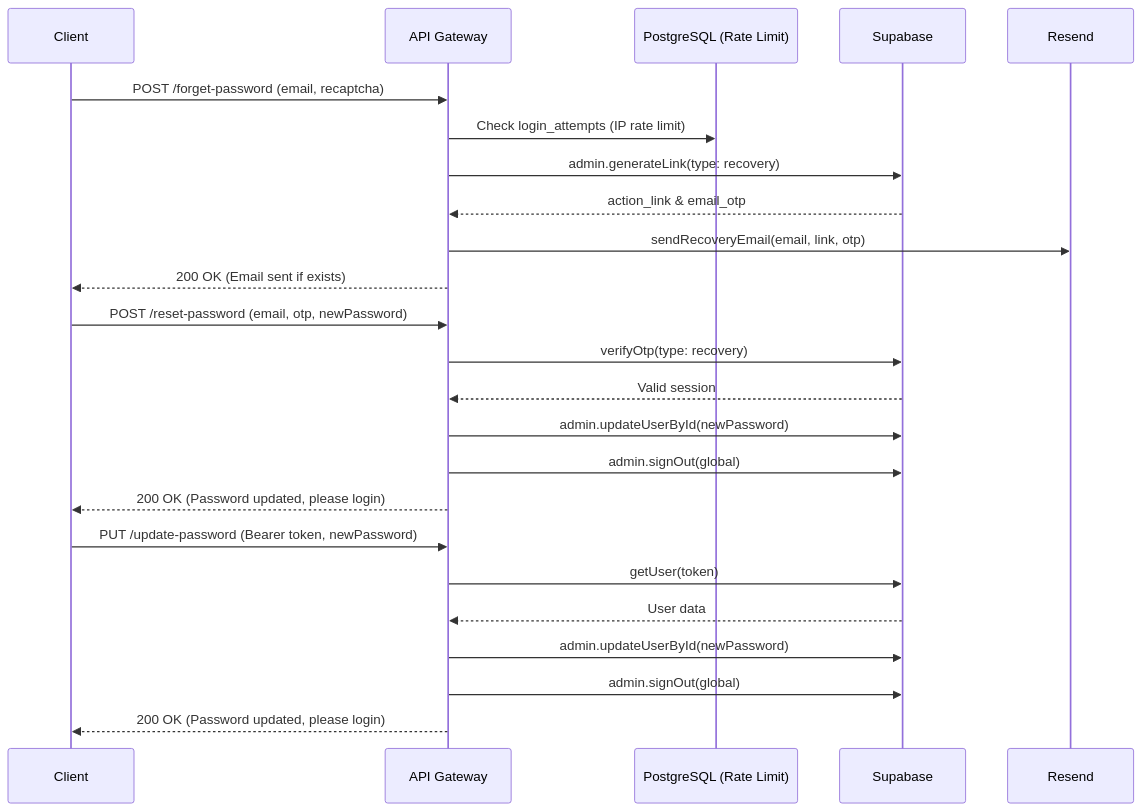
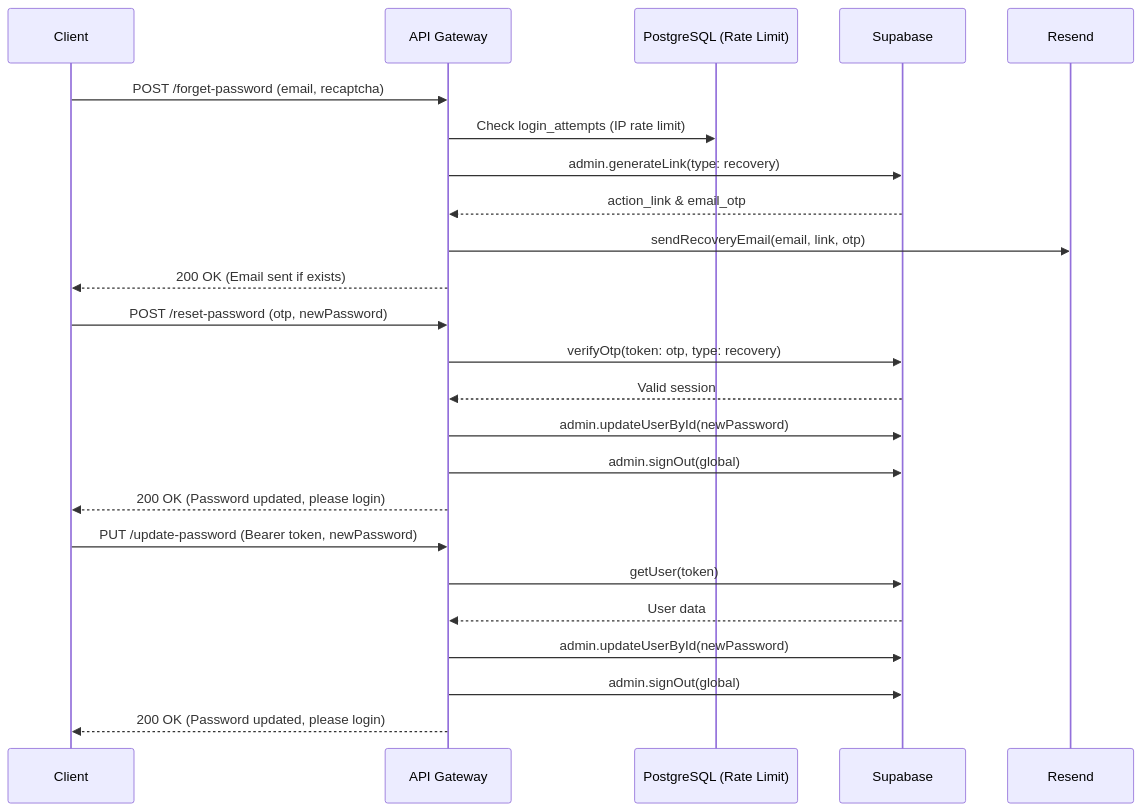
The diagram in docs/backend/auth-password-reset.md (kanzhamada/Dokyudo), drawn with Mermaid before and after one commit. The commit also changed other lines of this file and 40 other files, not shown here.

First line of the commit message:
Implement custom email verification flow

````diff
--- a/docs/backend/auth-password-reset.md
+++ b/docs/backend/auth-password-reset.md
@@ -20,32 +20,32 @@
 ```mermaid
 sequenceDiagram
     participant Client
     participant GW as API Gateway
     participant DB as PostgreSQL (Rate Limit)
     participant Supabase
     participant Resend
 
     %% Forget Password Flow
     Client->>GW: POST /forget-password (email, recaptcha)
     GW->>DB: Check login_attempts (IP rate limit)
     GW->>Supabase: admin.generateLink(type: recovery)
     Supabase-->>GW: action_link & email_otp
     GW->>Resend: sendRecoveryEmail(email, link, otp)
     GW-->>Client: 200 OK (Email sent if exists)
 
     %% Reset via OTP (Manual Entry)
-    Client->>GW: POST /reset-password (email, otp, newPassword)
-    GW->>Supabase: verifyOtp(type: recovery)
+    Client->>GW: POST /reset-password (otp, newPassword)
+    GW->>Supabase: verifyOtp(token: otp, type: recovery)
     Supabase-->>GW: Valid session
     GW->>Supabase: admin.updateUserById(newPassword)
     GW->>Supabase: admin.signOut(global)
     GW-->>Client: 200 OK (Password updated, please login)
 
     %% Update via Bearer Token (Magic Link Click or Profile Page)
     Client->>GW: PUT /update-password (Bearer token, newPassword)
     GW->>Supabase: getUser(token)
     Supabase-->>GW: User data
     GW->>Supabase: admin.updateUserById(newPassword)
     GW->>Supabase: admin.signOut(global)
     GW-->>Client: 200 OK (Password updated, please login)
 ```
````
